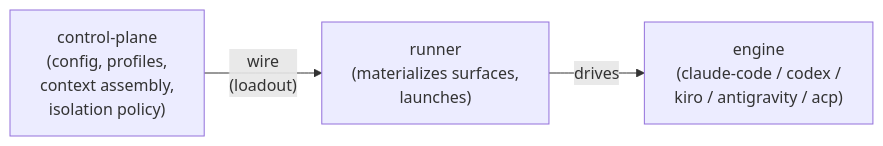
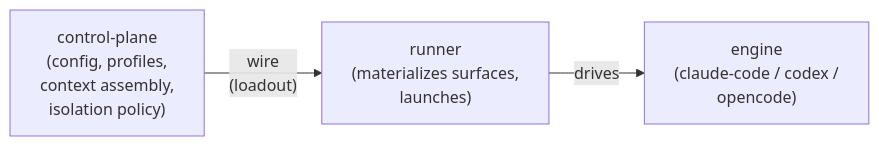
The first of 5 diagrams in website/src/content/docs/concepts/architecture.md (ctxloom/ctxloom), drawn with Mermaid before and after one commit. The commit also changed other lines of this file and 86 other files, not shown here.

First line of the commit message:
docs: drop the ACP and kiro documentation; fix operations tests

````diff
--- a/website/src/content/docs/concepts/architecture.md
+++ b/website/src/content/docs/concepts/architecture.md
@@ -30,5 +30,5 @@
 ```mermaid
 flowchart LR
     CP["control-plane<br/>(config, profiles,<br/>context assembly,<br/>isolation policy)"] -->|"wire<br/>(loadout)"| R["runner<br/>(materializes surfaces,<br/>launches)"]
-    R -->|drives| E["engine<br/>(claude-code / codex /<br/>kiro / antigravity / acp)"]
+    R -->|drives| E["engine<br/>(claude-code / codex /<br/>opencode)"]
 ```
````
